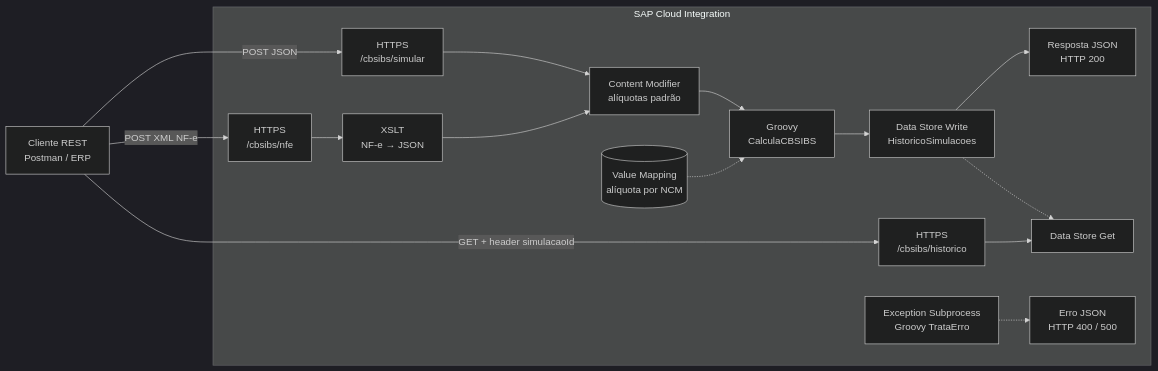
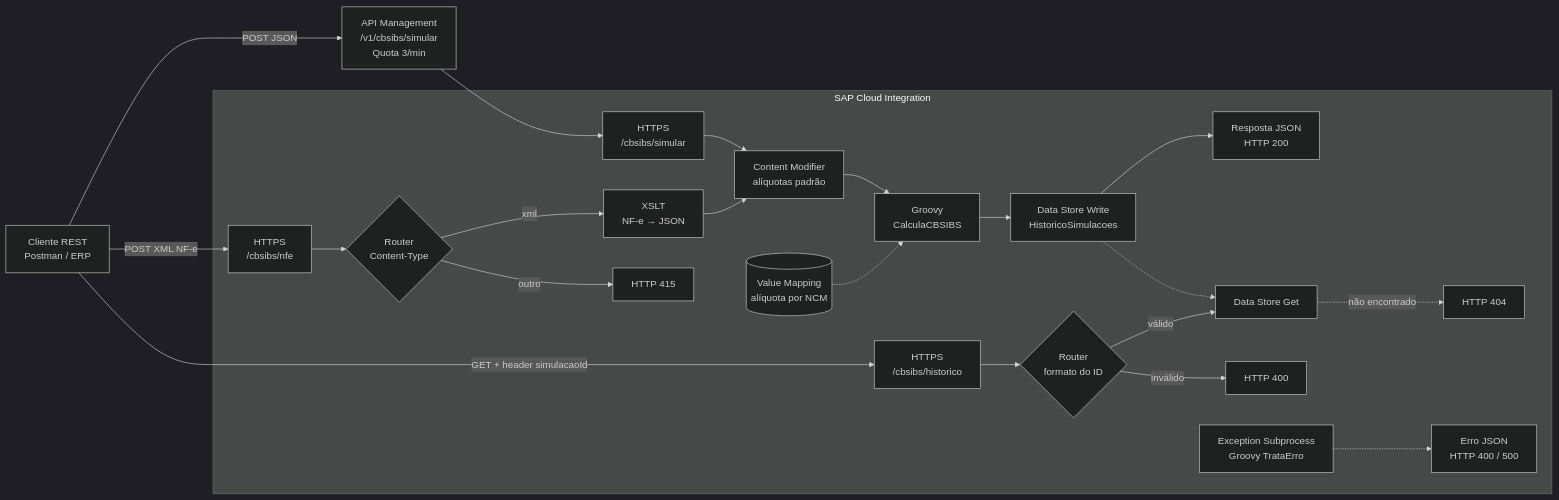
The diagram in README.md (adrianavital/cpi-cbs-ibs-simulador), drawn with Mermaid (dark theme) before and after one commit. The commit also changed other lines of this file and 11 other files, not shown here.

````diff
--- a/README.md
+++ b/README.md
@@ -13,18 +13,24 @@
 ```mermaid
 flowchart LR
-    A[Cliente REST<br/>Postman / ERP] -- "POST JSON" --> B1[HTTPS<br/>/cbsibs/simular]
+    A[Cliente REST<br/>Postman / ERP] -- "POST JSON" --> P[API Management<br/>/v1/cbsibs/simular<br/>Quota 3/min]
+    P --> B1[HTTPS<br/>/cbsibs/simular]
     A -- "POST XML NF-e" --> B2[HTTPS<br/>/cbsibs/nfe]
     A -- "GET + header simulacaoId" --> B3[HTTPS<br/>/cbsibs/historico]
     subgraph CPI["SAP Cloud Integration"]
-        B2 --> X[XSLT<br/>NF-e → JSON]
+        B2 --> R{Router<br/>Content-Type}
+        R -- xml --> X[XSLT<br/>NF-e → JSON]
+        R -- outro --> R415[HTTP 415]
         X --> C[Content Modifier<br/>alíquotas padrão]
         B1 --> C
         C --> D[Groovy<br/>CalculaCBSIBS]
         VM[(Value Mapping<br/>alíquota por NCM)] -.-> D
         D --> W[Data Store Write<br/>HistoricoSimulacoes]
         W --> E[Resposta JSON<br/>HTTP 200]
-        B3 --> G[Data Store Get]
+        B3 --> V{Router<br/>formato do ID}
+        V -- válido --> G[Data Store Get]
+        V -- inválido --> R400[HTTP 400]
+        G -. não encontrado .-> R404[HTTP 404]
         W -.-> G
         ERR[Exception Subprocess<br/>Groovy TrataErro] -.-> F[Erro JSON<br/>HTTP 400 / 500]
     end
 ```
````
